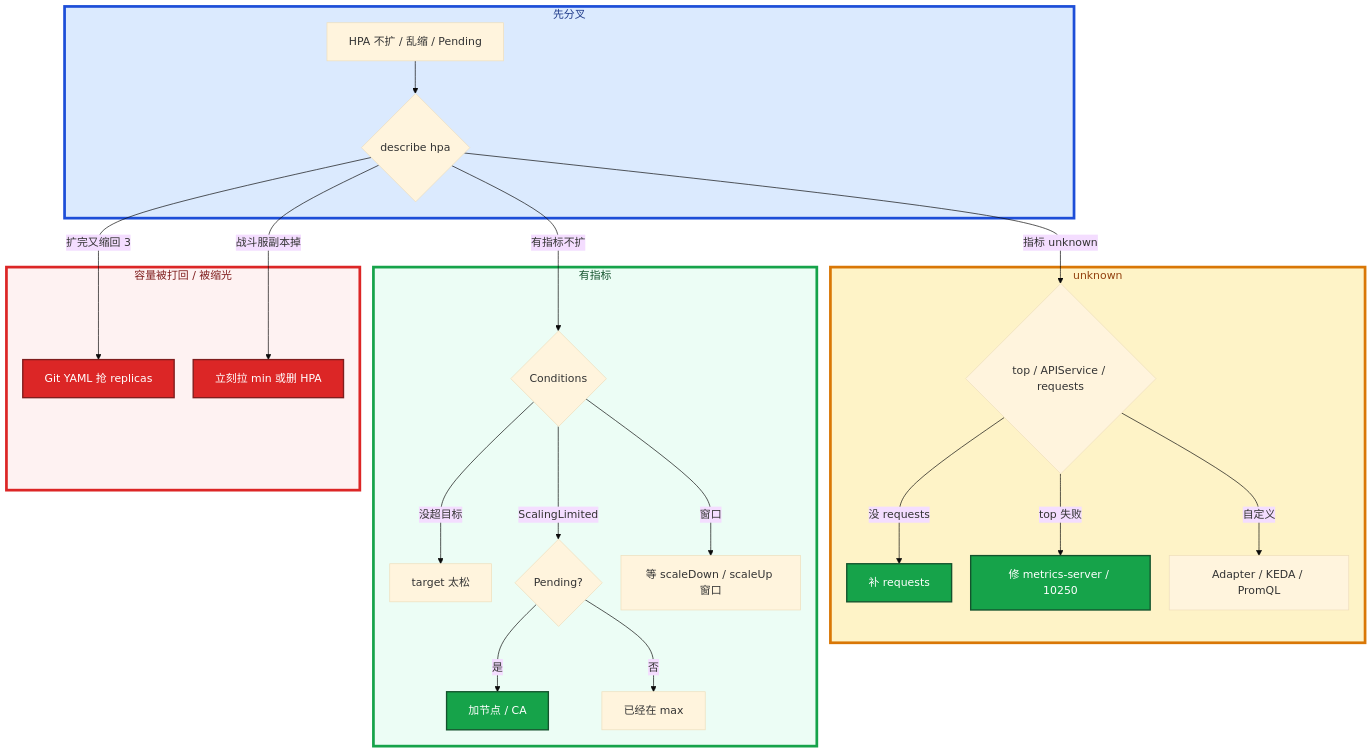
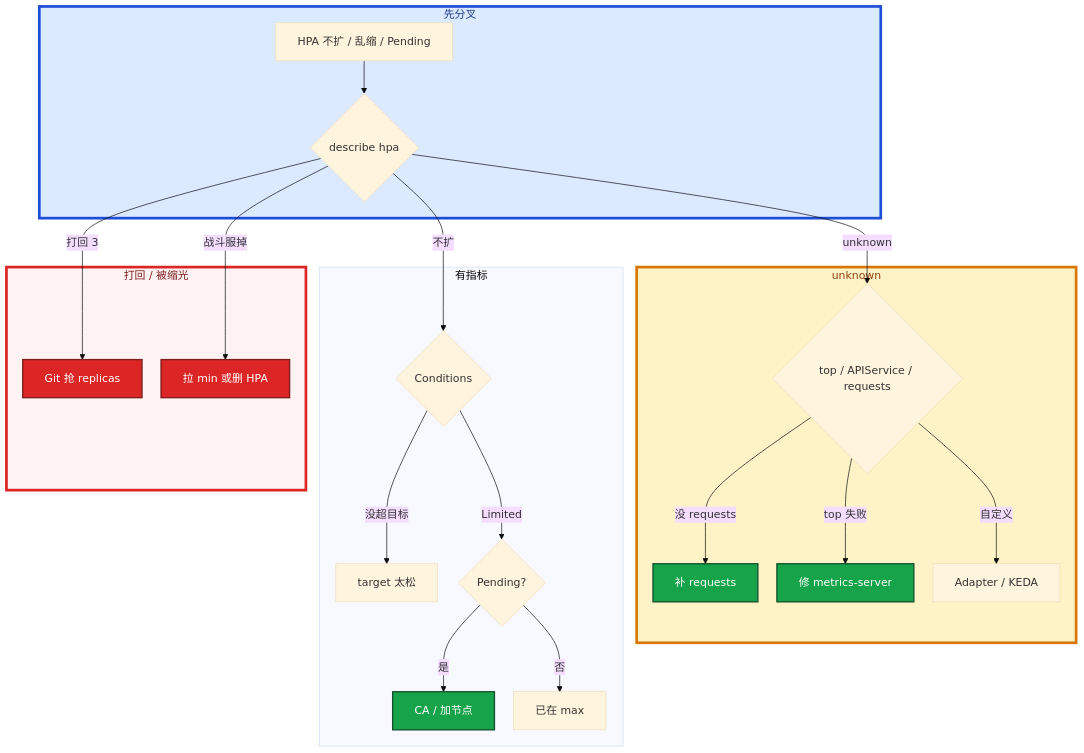
One commit to ml-cuizijun/LearnToLilith changed the fifth of 5 diagrams in 04-Kubernetes/07-弹性伸缩/知识点.md. Above: the diagram before and after it, drawn with Mermaid. The commit also changed other lines of this file and 107 other files, not shown here.

````diff
--- a/04-Kubernetes/07-弹性伸缩/知识点.md
+++ b/04-Kubernetes/07-弹性伸缩/知识点.md
@@ -501,38 +598,36 @@
 ```mermaid
 %%{init: {"flowchart": {"padding": 16, "nodeSpacing": 28, "rankSpacing": 48}, "theme": "base"}}%%
 flowchart TB
     subgraph gate ["先分叉"]
         A[HPA 不扩 / 乱缩 / Pending] --> B{describe hpa}
     end
 
     subgraph unk ["unknown"]
-        B -->|指标 unknown| C{top / APIService / requests}
+        B -->|unknown| C{top / APIService / requests}
         C -->|没 requests| D[补 requests]
-        C -->|top 失败| E[修 metrics-server / 10250]
-        C -->|自定义| F[Adapter / KEDA / PromQL]
+        C -->|top 失败| E[修 metrics-server]
+        C -->|自定义| F[Adapter / KEDA]
     end
 
     subgraph has ["有指标"]
-        B -->|有指标不扩| G{Conditions}
+        B -->|不扩| G{Conditions}
         G -->|没超目标| H[target 太松]
-        G -->|ScalingLimited| I{Pending?}
-        I -->|是| J[加节点 / CA]
-        I -->|否| K[已经在 max]
-        G -->|窗口| L[等 scaleDown / scaleUp 窗口]
+        G -->|Limited| I{Pending?}
+        I -->|是| J[CA / 加节点]
+        I -->|否| K[已在 max]
     end
 
-    subgraph fight ["容量被打回 / 被缩光"]
-        B -->|扩完又缩回 3| M[Git YAML 抢 replicas]
-        B -->|战斗服副本掉| N[立刻拉 min 或删 HPA]
+    subgraph fight ["打回 / 被缩光"]
+        B -->|打回 3| M[Git 抢 replicas]
+        B -->|战斗服掉| N[拉 min 或删 HPA]
     end
 
     classDef bad fill:#DC2626,stroke:#7F1D1D,stroke-width:2px,color:#fff
     classDef ok fill:#16A34A,stroke:#14532D,stroke-width:2px,color:#fff
     class N,M bad
     class D,E,J ok
 
     style gate fill:#DBEAFE,stroke:#1D4ED8,stroke-width:4px,color:#1E3A8A
     style unk fill:#FEF3C7,stroke:#D97706,stroke-width:4px,color:#92400E
-    style has fill:#ECFDF5,stroke:#16A34A,stroke-width:4px,color:#14532D
     style fight fill:#FEF2F2,stroke:#DC2626,stroke-width:4px,color:#7F1D1D
 ```
````
